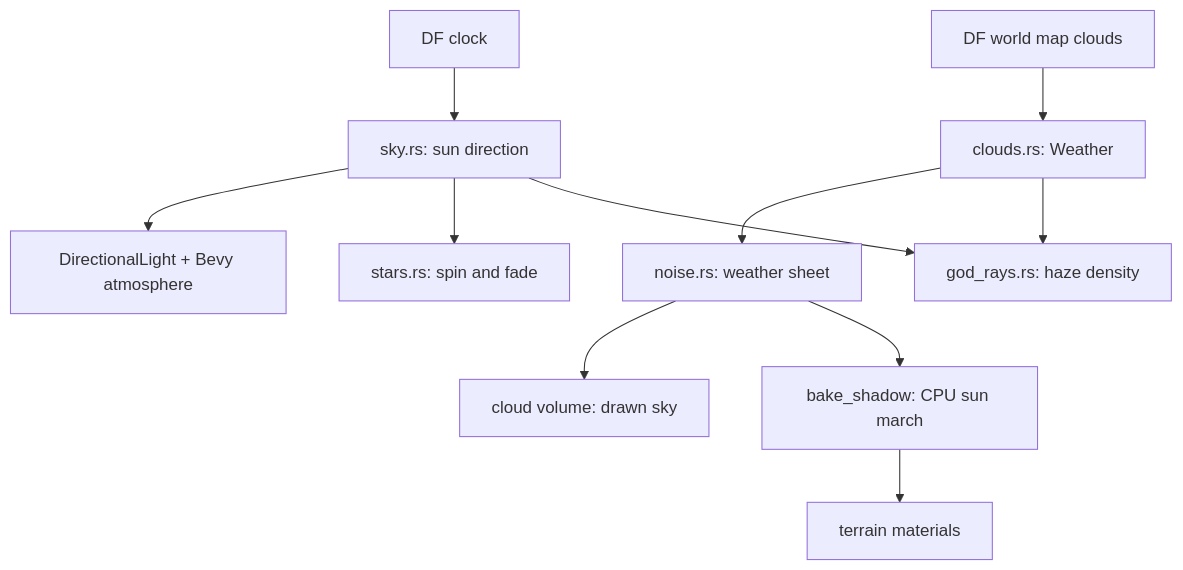
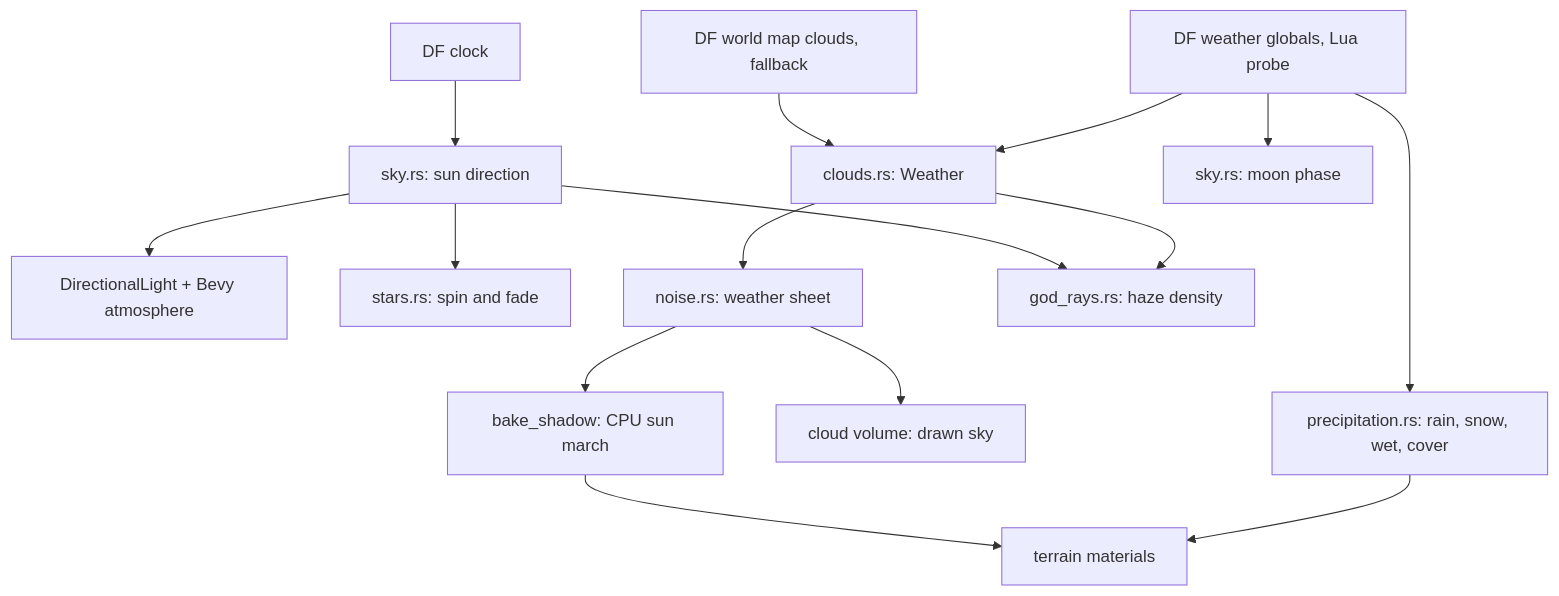
The diagram in docs/architecture/sky/README.md (aaronsb/dwarf-eye), drawn with Mermaid before and after one commit. The commit also changed other lines of this file and 15 other files, not shown here.

First line of the commit message:
Weather from DF's own globals: a Lua probe, rain and snow, snow cover, wet ground

````diff
--- a/docs/architecture/sky/README.md
+++ b/docs/architecture/sky/README.md
@@ -18,13 +20,17 @@
 ```mermaid
 flowchart TD
   C[DF clock] --> S[sky.rs: sun direction]
   S --> L[DirectionalLight + Bevy atmosphere]
   S --> ST[stars.rs: spin and fade]
-  W[DF world map clouds] --> WE[clouds.rs: Weather]
+  P[DF weather globals, Lua probe] --> WE[clouds.rs: Weather]
+  P --> R[precipitation.rs: rain, snow, wet, cover]
+  P --> M[sky.rs: moon phase]
+  R --> T
+  W[DF world map clouds, fallback] --> WE[clouds.rs: Weather]
   WE --> N[noise.rs: weather sheet]
   N --> V[cloud volume: drawn sky]
   N --> B[bake_shadow: CPU sun march]
   B --> T[terrain materials]
   WE --> G[god_rays.rs: haze density]
   S --> G
 ```
````
